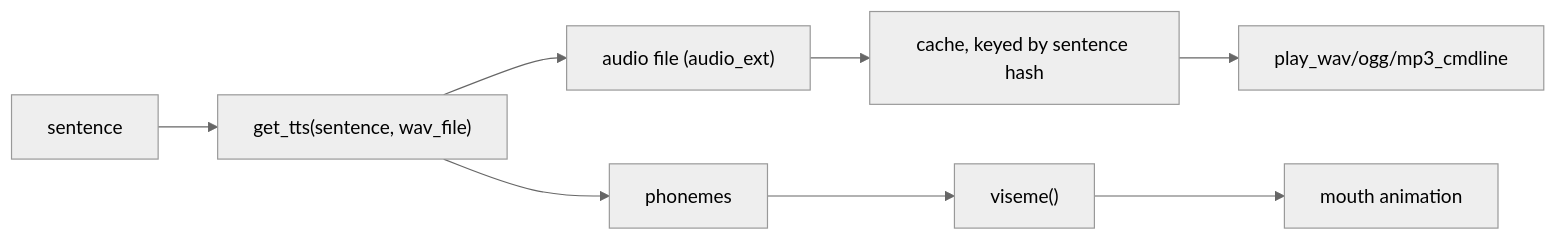
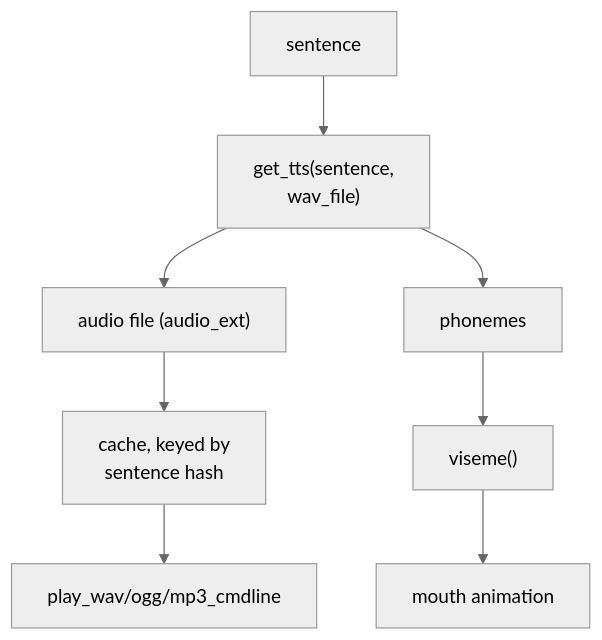
One commit to OpenVoiceOS/beta-technical-manual changed the first of 2 diagrams in docs/tts-plugins.md. Above: the diagram before and after it, drawn with Mermaid (neutral theme). The commit also changed other lines of this file and 19 other files, not shown here.

First line of the commit message:
docs: fit diagrams to the content column; arena live URL

````diff
--- a/docs/tts-plugins.md
+++ b/docs/tts-plugins.md
@@ -13,10 +13,10 @@
 ```mermaid
-flowchart LR
-    A[sentence] --> B["get_tts(sentence, wav_file)"]
+flowchart TD
+    A[sentence] --> B["get_tts(sentence,<br/>wav_file)"]
     B --> C["audio file (audio_ext)"]
-    C --> D["cache, keyed by sentence hash"]
+    C --> D["cache, keyed by<br/>sentence hash"]
     D --> E["play_wav/ogg/mp3_cmdline"]
     B --> F[phonemes]
     F --> G["viseme()"]
     G --> H[mouth animation]
 ```
````
